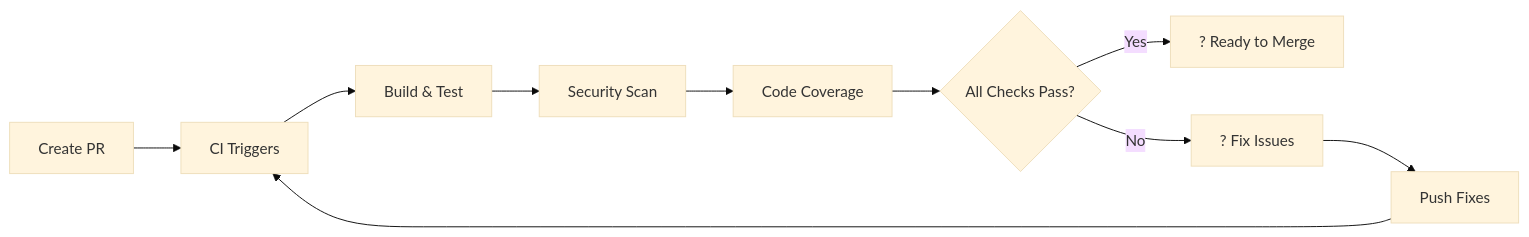
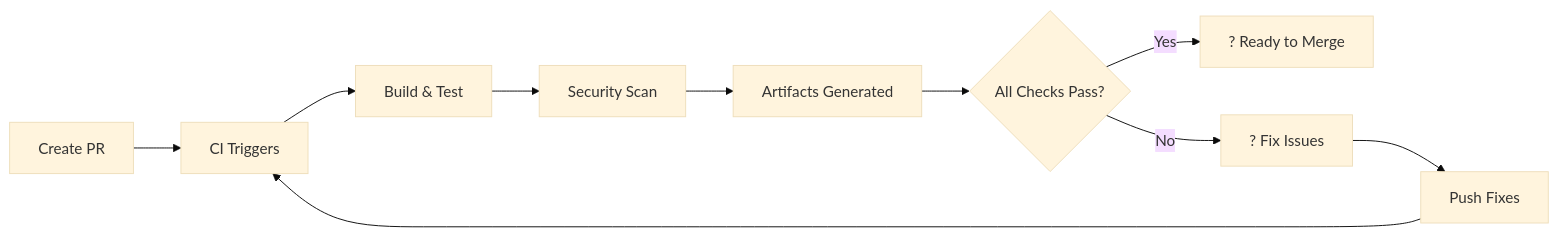
Before and after one commit to HeshamAbdallah02/AccountingSystem: the diagram in USAGE.md, drawn with Mermaid (base theme). The commit also changed other lines of this file and 1 other file, not shown here.

````diff
--- a/USAGE.md
+++ b/USAGE.md
@@ -72,12 +71,12 @@
 ```mermaid
 graph LR
     A[Create PR] --> B[CI Triggers]
     B --> C[Build & Test]
     C --> D[Security Scan]
-    D --> E[Code Coverage]
+    D --> E[Artifacts Generated]
     E --> F{All Checks Pass?}
     F -->|Yes| G[? Ready to Merge]
     F -->|No| H[? Fix Issues]
     H --> I[Push Fixes]
     I --> B
 ```
````
